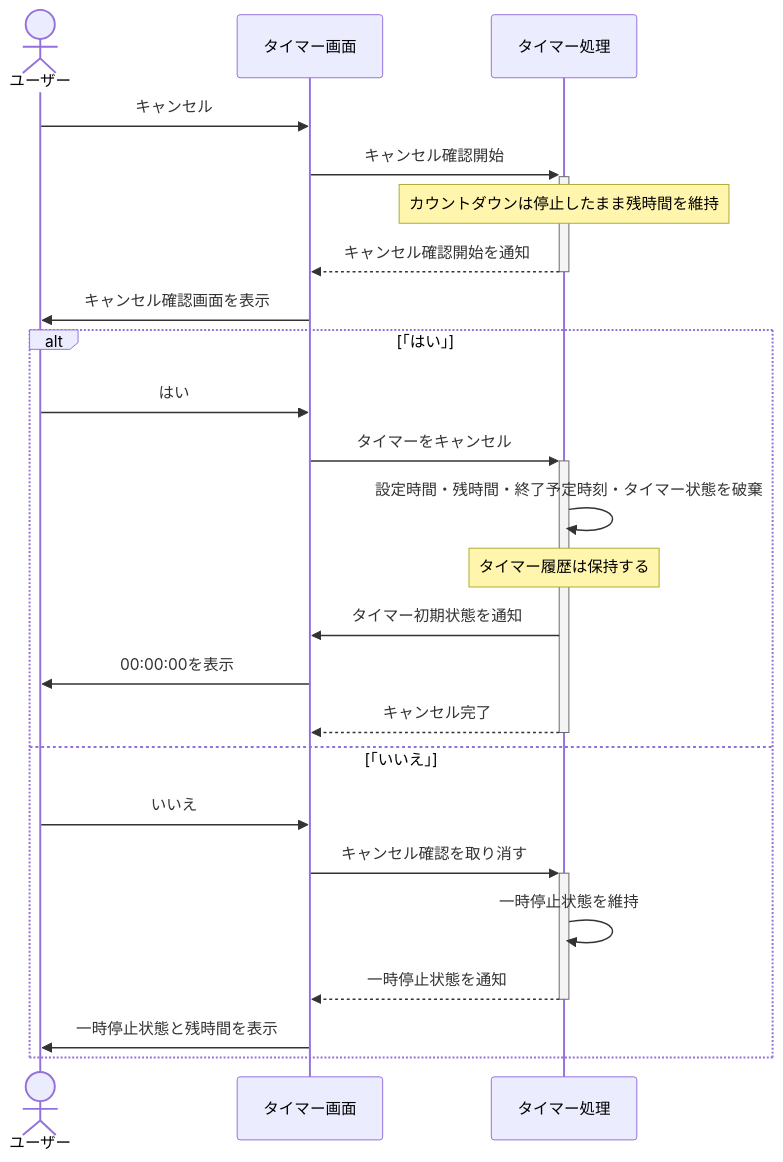
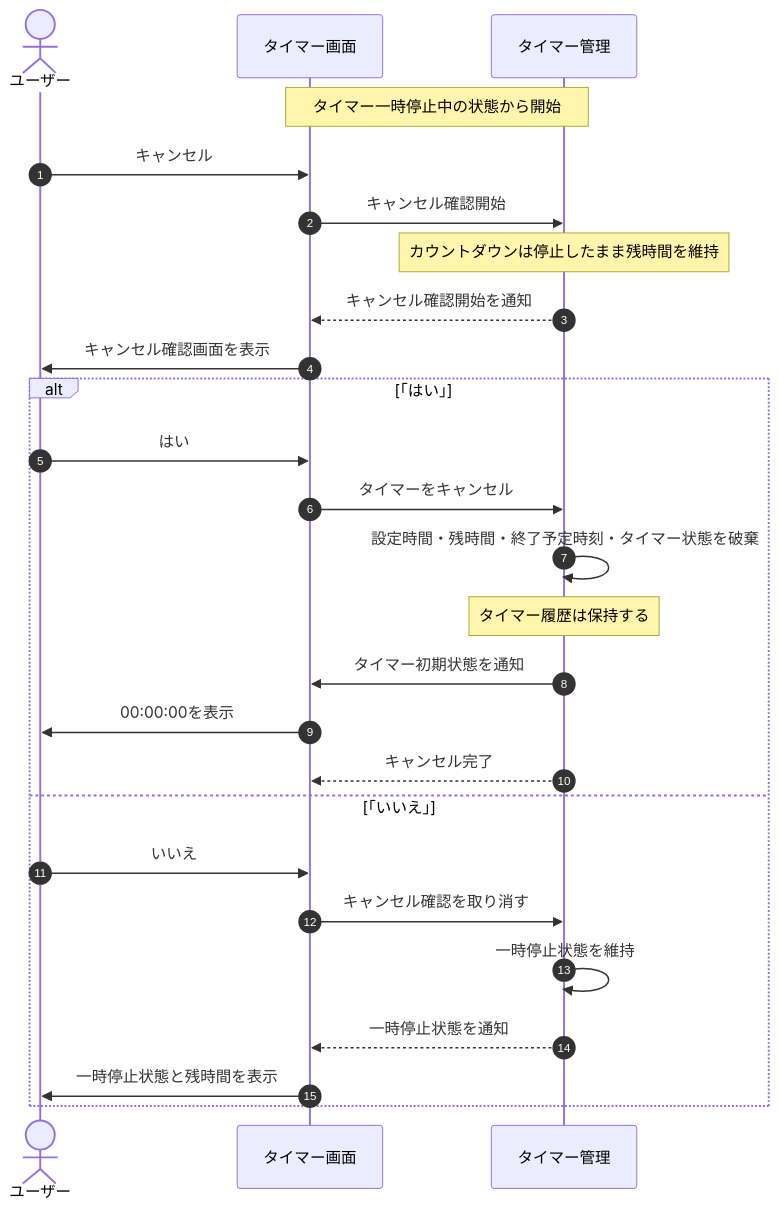
One commit to shun62201234-crypto/timerApplication changed the fourth of 5 diagrams in document/設計/シーケンス図/タイマーシーケンス図.md. Above: the diagram before and after it, drawn with Mermaid. The commit also changed other lines of this file and 2 other files, not shown here.

First line of the commit message:
シーケンス図を修正（共通・アラーム・タイマー）

````diff
--- a/document/設計/シーケンス図/タイマーシーケンス図.md
+++ b/document/設計/シーケンス図/タイマーシーケンス図.md
@@ -129,29 +140,32 @@
 ```mermaid
 sequenceDiagram
-    actor ユーザー
+    autonumber
+    actor User as ユーザー
     participant UI as タイマー画面
-    participant Timer as タイマー処理
+    participant Timer as タイマー管理
 
-    ユーザー->>UI: キャンセル
-    UI->>+Timer: キャンセル確認開始
+    Note over UI,Timer: タイマー一時停止中の状態から開始
+
+    User->>UI: キャンセル
+    UI->>Timer: キャンセル確認開始
     Note over Timer: カウントダウンは停止したまま残時間を維持
-    Timer-->>-UI: キャンセル確認開始を通知
-    UI->>ユーザー: キャンセル確認画面を表示
+    Timer-->>UI: キャンセル確認開始を通知
+    UI->>User: キャンセル確認画面を表示
 
     alt 「はい」
-        ユーザー->>UI: はい
-        UI->>+Timer: タイマーをキャンセル
+        User->>UI: はい
+        UI->>Timer: タイマーをキャンセル
         Timer->>Timer: 設定時間・残時間・終了予定時刻・タイマー状態を破棄
         Note over Timer: タイマー履歴は保持する
         Timer->>UI: タイマー初期状態を通知
-        UI->>ユーザー: 00:00:00を表示
-        Timer-->>-UI: キャンセル完了
+        UI->>User: 00:00:00を表示
+        Timer-->>UI: キャンセル完了
 
     else 「いいえ」
-        ユーザー->>UI: いいえ
-        UI->>+Timer: キャンセル確認を取り消す
+        User->>UI: いいえ
+        UI->>Timer: キャンセル確認を取り消す
         Timer->>Timer: 一時停止状態を維持
-        Timer-->>-UI: 一時停止状態を通知
-        UI->>ユーザー: 一時停止状態と残時間を表示
+        Timer-->>UI: 一時停止状態を通知
+        UI->>User: 一時停止状態と残時間を表示
     end
 ```
````
